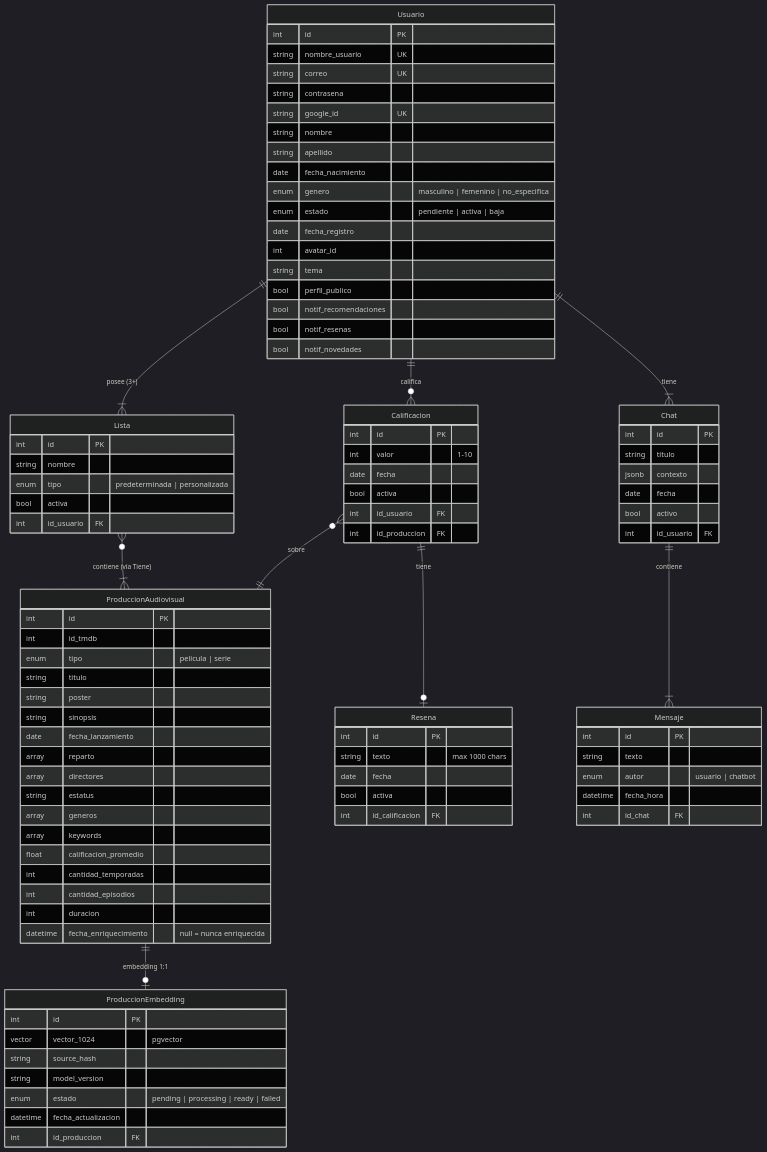
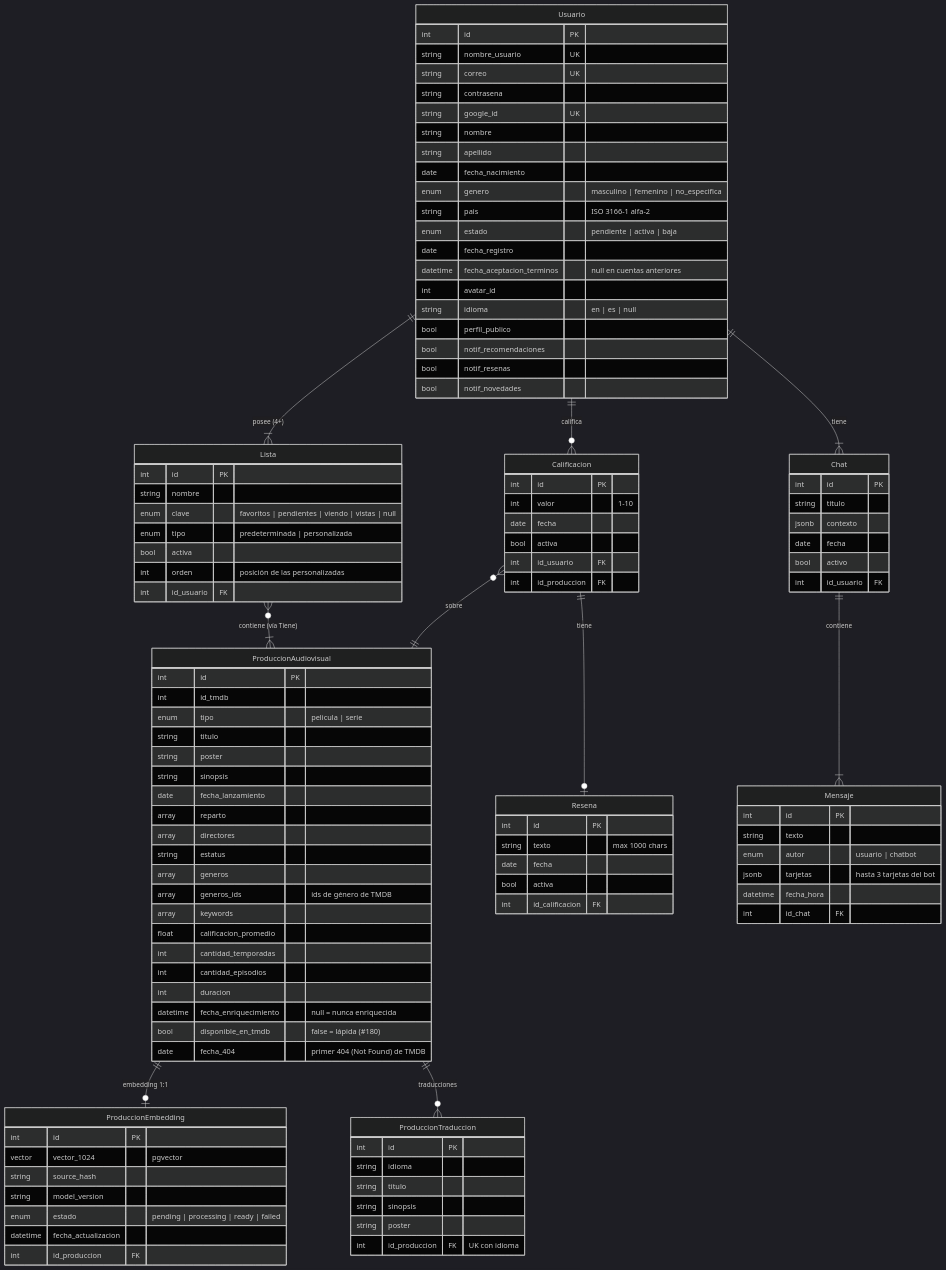
Before and after one commit to MarcosDebona25/FilmAI: the diagram in README.md, drawn with Mermaid (dark theme). The commit also changed other lines of this file and 40 other files, not shown here.

````diff
--- a/README.md
+++ b/README.md
@@ -95,13 +97,14 @@
 ```mermaid
 erDiagram
     Usuario ||--o{ Calificacion : "califica"
-    Usuario ||--|{ Lista : "posee (3+)"
+    Usuario ||--|{ Lista : "posee (4+)"
     Usuario ||--|{ Chat : "tiene"
     Calificacion }o--|| ProduccionAudiovisual : "sobre"
     Calificacion ||--o| Resena : "tiene"
     Lista }o--|{ ProduccionAudiovisual : "contiene (vía Tiene)"
     Chat ||--|{ Mensaje : "contiene"
     ProduccionAudiovisual ||--o| ProduccionEmbedding : "embedding 1:1"
+    ProduccionAudiovisual ||--o{ ProduccionTraduccion : "traducciones"
 
     Usuario {
         int id PK
@@ -113,10 +116,12 @@
         string apellido
         date fecha_nacimiento
         enum genero "masculino | femenino | no_especifica"
+        string pais "ISO 3166-1 alfa-2"
         enum estado "pendiente | activa | baja"
         date fecha_registro
+        datetime fecha_aceptacion_terminos "null en cuentas anteriores"
         int avatar_id
-        string tema
+        string idioma "en | es | null"
         bool perfil_publico
         bool notif_recomendaciones
         bool notif_resenas
@@ -135,12 +140,24 @@
         array directores
         string estatus
         array generos
+        array generos_ids "ids de género de TMDB"
         array keywords
         float calificacion_promedio
         int cantidad_temporadas
         int cantidad_episodios
         int duracion
         datetime fecha_enriquecimiento "null = nunca enriquecida"
+        bool disponible_en_tmdb "false = lápida (#180)"
+        date fecha_404 "primer 404 (Not Found) de TMDB"
+    }
+
+    ProduccionTraduccion {
+        int id PK
+        string idioma
+        string titulo
+        string sinopsis
+        string poster
+        int id_produccion FK "UK con idioma"
     }
 
     Calificacion {
@@ -163,8 +180,10 @@
     Lista {
         int id PK
         string nombre
+        enum clave "favoritos | pendientes | viendo | vistas | null"
         enum tipo "predeterminada | personalizada"
         bool activa
+        int orden "posición de las personalizadas"
         int id_usuario FK
     }
 
@@ -181,6 +200,7 @@
         int id PK
         string texto
         enum autor "usuario | chatbot"
+        jsonb tarjetas "hasta 3 tarjetas del bot"
         datetime fecha_hora
         int id_chat FK
     }
````
